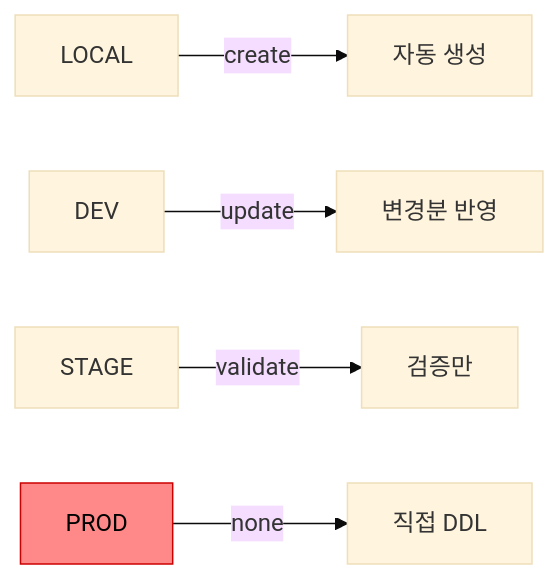
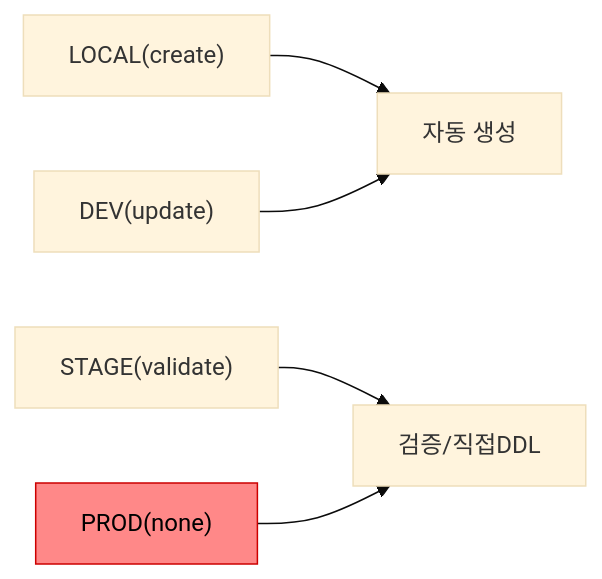
One commit to yjkim2015/yjkim2015.github.io changed the first of 2 diagrams in _posts/jpa/2021-10-30-엔티티 매핑.md. Above: the diagram before and after it, drawn with Mermaid (base theme). The commit also changed 245 other files, not shown here.

First line of the commit message:
Mermaid 다이어그램 전면 수정 + 면접 포인트 접기/펼치기 + DB 데드락 페이지

````diff
--- a/_posts/jpa/2021-10-30-엔티티 매핑.md
+++ b/_posts/jpa/2021-10-30-엔티티 매핑.md
@@ -77,8 +77,8 @@
 ```mermaid
 graph LR
-    LOCAL -->|create| LC["자동 생성"]
-    DEV -->|update| DC["변경분 반영"]
-    STAGE -->|validate| SC["검증만"]
-    PROD -->|none| PC["직접 DDL"]
+    LOCAL["LOCAL(create)"] --> AUTO["자동 생성"]
+    DEV["DEV(update)"] --> AUTO
+    STAGE["STAGE(validate)"] --> CHK["검증/직접DDL"]
+    PROD["PROD(none)"] --> CHK
     style PROD fill:#f88,stroke:#c00,color:#000
 ```
````
